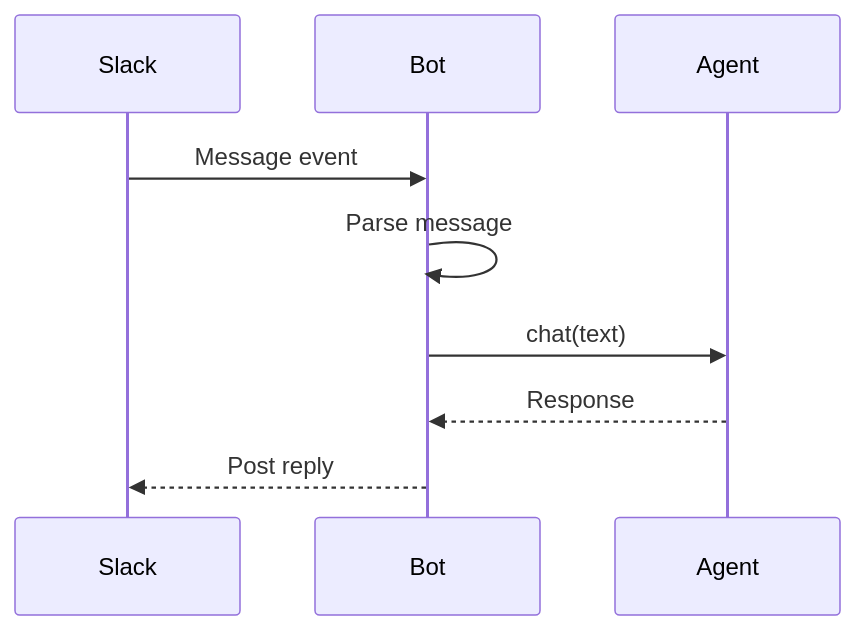
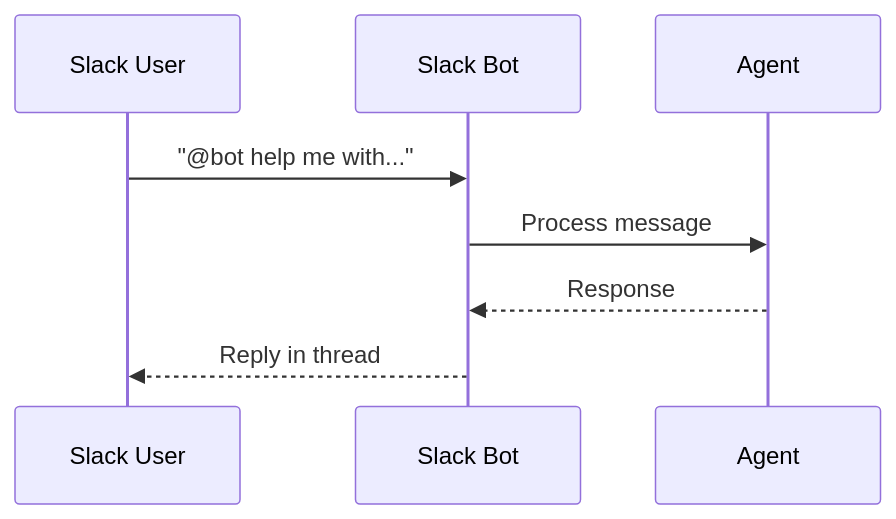
Before and after one commit to MervinPraison/PraisonAIDocs: the second of 2 diagrams in docs/js/bots.mdx, drawn with Mermaid. The commit also changed other lines of this file and 30 other files, not shown here.

````diff
--- a/docs/js/bots.mdx
+++ b/docs/js/bots.mdx
@@ -88,12 +64,11 @@
 ```mermaid
 sequenceDiagram
-    participant Slack
-    participant Bot
+    participant User as Slack User
+    participant Bot as Slack Bot
     participant Agent
     
-    Slack->>Bot: Message event
-    Bot->>Bot: Parse message
-    Bot->>Agent: chat(text)
+    User->>Bot: "@bot help me with..."
+    Bot->>Agent: Process message
     Agent-->>Bot: Response
-    Bot-->>Slack: Post reply
+    Bot-->>User: Reply in thread
 ```
````
